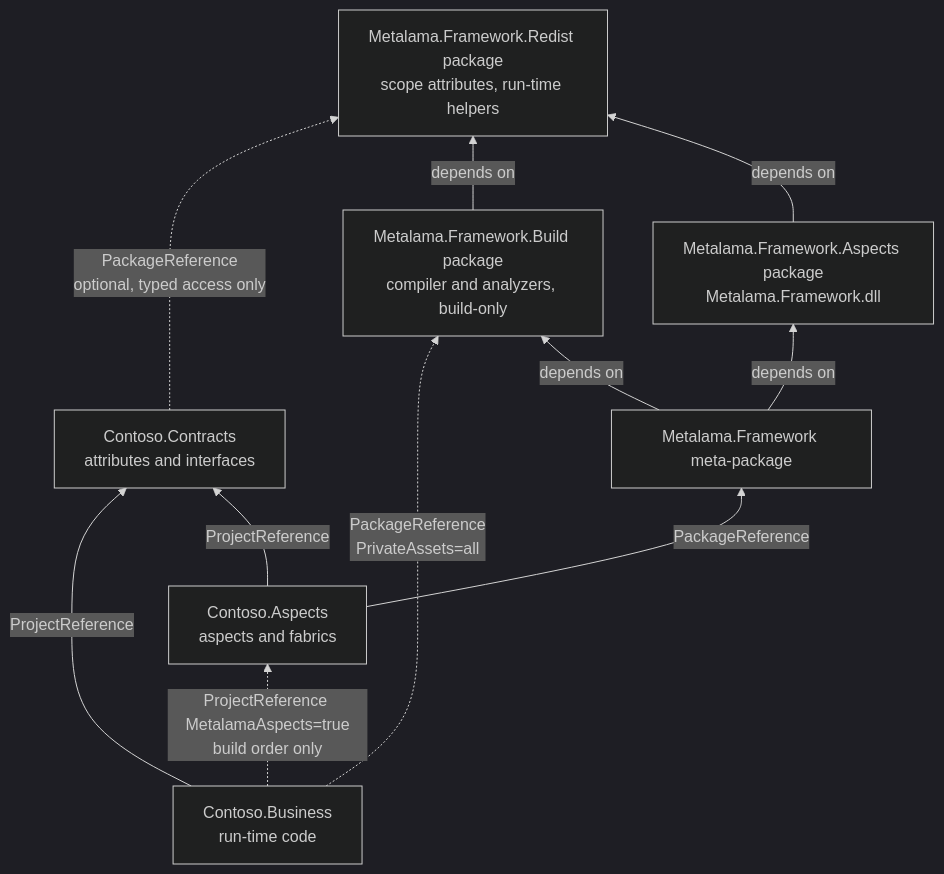
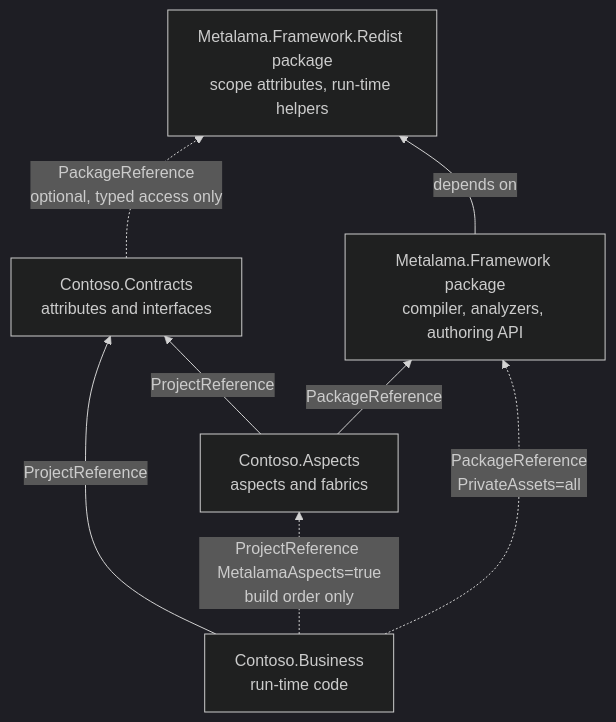
The diagram in Metalama.Framework/docs/future/aspects-projects.md (metalama/Metalama), drawn with Mermaid (dark theme) before and after one commit. The commit also changed other lines of this file and 2 other files, not shown here.

Commit message:
Reduce the framework to two packages and record the single-assembly layout as the next research item

````diff
--- a/Metalama.Framework/docs/future/aspects-projects.md
+++ b/Metalama.Framework/docs/future/aspects-projects.md
@@ -94,20 +94,16 @@
 ```mermaid
 graph BT
     Business[Contoso.Business<br/>run-time code]
     Contracts[Contoso.Contracts<br/>attributes and interfaces]
     Aspects[Contoso.Aspects<br/>aspects and fabrics]
     RunTime[Metalama.Framework.Redist package<br/>scope attributes, run-time helpers]
-    Build[Metalama.Framework.Build package<br/>compiler and analyzers, build-only]
-    Framework[Metalama.Framework meta-package]
+    Framework[Metalama.Framework package<br/>compiler, analyzers, authoring API]
 
     Business -- ProjectReference --> Contracts
     Business -. ProjectReference MetalamaAspects=true<br/>build order only .-> Aspects
-    Business -. PackageReference<br/>PrivateAssets=all .-> Build
+    Business -. PackageReference<br/>PrivateAssets=all .-> Framework
     Contracts -. PackageReference<br/>optional, typed access only .-> RunTime
     Aspects -- ProjectReference --> Contracts
     Aspects -- PackageReference --> Framework
-    Framework -- depends on --> Build
-    Framework -- depends on --> Api[Metalama.Framework.Aspects package<br/>Metalama.Framework.dll]
-    Build -- depends on --> RunTime
-    Api -- depends on --> RunTime
+    Framework -- depends on --> RunTime
 ```
````
